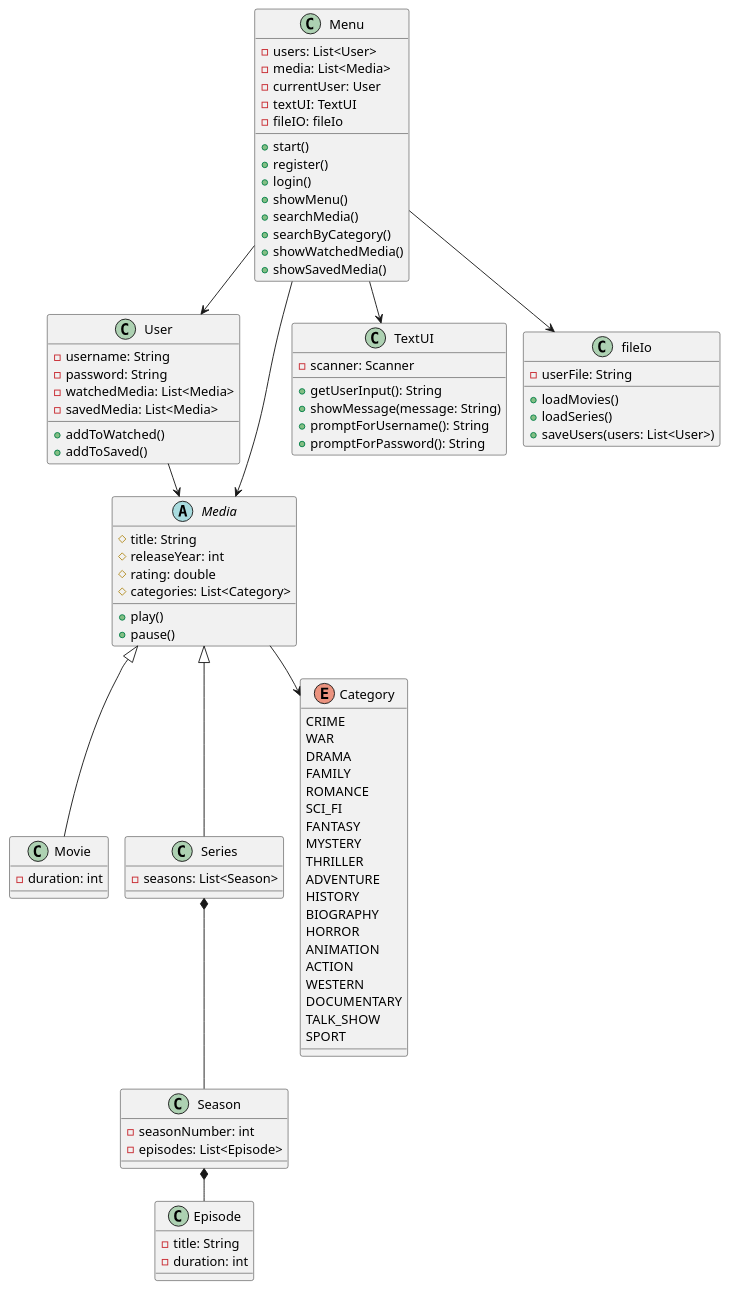
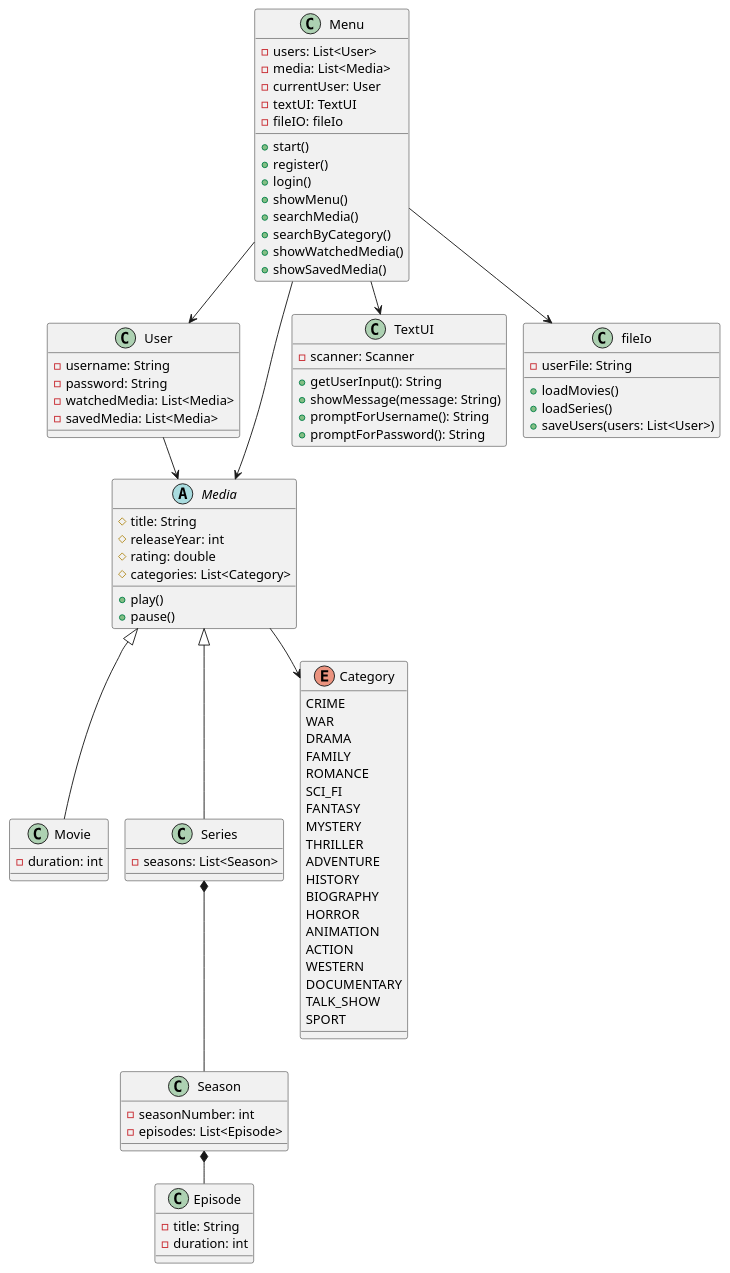
Before and after one commit to Nali1234-lab/SP3: the diagram in Diagram/klassediagram-v1.puml, drawn with PlantUML. The commit also changed 5 other files, not shown here.

```diff
--- a/Diagram/klassediagram-v1.puml
+++ b/Diagram/klassediagram-v1.puml
@@ -1,111 +1,109 @@
 @startuml
 !pragma layout smetana
 
 class User {
   - username: String
   - password: String
   - watchedMedia: List<Media>
   - savedMedia: List<Media>
-  + addToWatched()
-  + addToSaved()
 }
 
 abstract class Media {
   # title: String
   # releaseYear: int
   # rating: double
   # categories: List<Category>
   + play()
   +pause()
 }
 
 class Movie {
   - duration: int
 }
 
 class Series {
   - seasons: List<Season>
 }
 
 class Season {
   - seasonNumber: int
   - episodes: List<Episode>
 }
 
 class Episode {
   - title: String
   - duration: int
 }
 
 enum Category {
  CRIME
  WAR
  DRAMA
  FAMILY
  ROMANCE
  SCI_FI
  FANTASY
  MYSTERY
  THRILLER
  ADVENTURE
  HISTORY
  BIOGRAPHY
  HORROR
  ANIMATION
  ACTION
  WESTERN
  DOCUMENTARY
  TALK_SHOW
  SPORT
 }
 
 class Menu {
   - users: List<User>
   - media: List<Media>
   - currentUser: User
   - textUI: TextUI
   - fileIO: fileIo
   + start()
   + register()
   + login()
   + showMenu()
   + searchMedia()
   + searchByCategory()
   + showWatchedMedia()
   + showSavedMedia()
 }
 
 class TextUI {
   - scanner: Scanner
   + getUserInput(): String
   + showMessage(message: String)
   + promptForUsername(): String
   + promptForPassword(): String
 }
 
 class fileIo {
   - userFile: String
   + loadMovies()
   + loadSeries()
   + saveUsers(users: List<User>)
 }
 
 ' Arv
 Media <|-- Movie
 Media <|-- Series
 
 ' Komposition
 Series *-- Season
 Season *-- Episode
 
 ' Association
 User --> Media
 Media --> Category
 Menu --> User
 Menu --> Media
 
 ' Dependency
 Menu --> TextUI
 Menu --> fileIo
 
 @enduml
```
